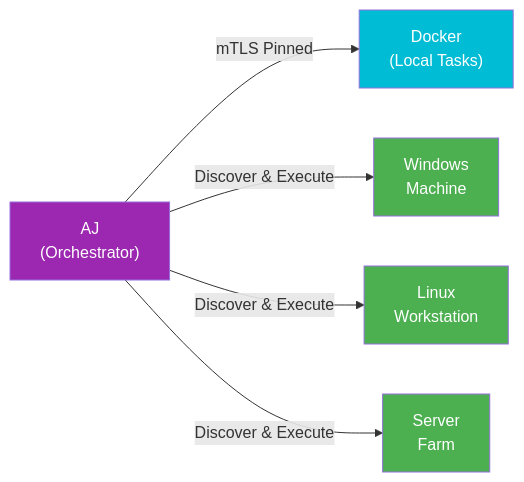
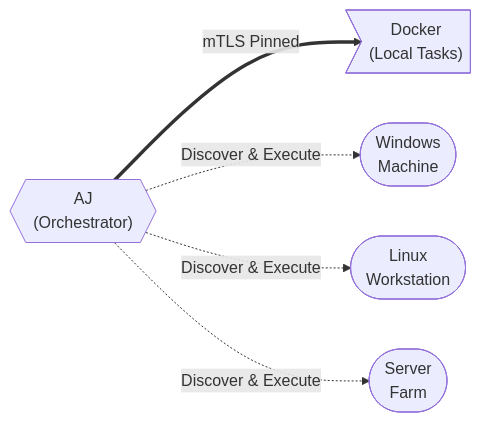
One commit to ianwesterfield/aj.westerfield.cloud changed the sixth of 11 diagrams in README.md. Above: the diagram before and after it, drawn with Mermaid. The commit also changed other lines of this file and 48 other files, not shown here.

````diff
--- a/README.md
+++ b/README.md
@@ -189,19 +263,13 @@
 ```mermaid
 graph LR
-    M["AJ<br/>(Orchestrator)"]
-    D["Docker<br/>(Local Tasks)"]
-    W1["Windows<br/>Machine"]
-    L1["Linux<br/>Workstation"]
-    S1["Server<br/>Farm"]
+    M{{"AJ<br/>(Orchestrator)"}}
+    D>"Docker<br/>(Local Tasks)"]
+    W1(["Windows<br/>Machine"])
+    L1(["Linux<br/>Workstation"])
+    S1(["Server<br/>Farm"])
 
-    M -->|"mTLS Pinned"| D
-    M -->|"Discover & Execute"| W1
-    M -->|"Discover & Execute"| L1
-    M -->|"Discover & Execute"| S1
-
-    style M fill:#9C27B0,color:#fff
-    style D fill:#00BCD4,color:#fff
-    style W1 fill:#4CAF50,color:#fff
-    style L1 fill:#4CAF50,color:#fff
-    style S1 fill:#4CAF50,color:#fff
+    M ==>|"mTLS Pinned"| D
+    M -.->|"Discover & Execute"| W1
+    M -.->|"Discover & Execute"| L1
+    M -.->|"Discover & Execute"| S1
 ```
````
